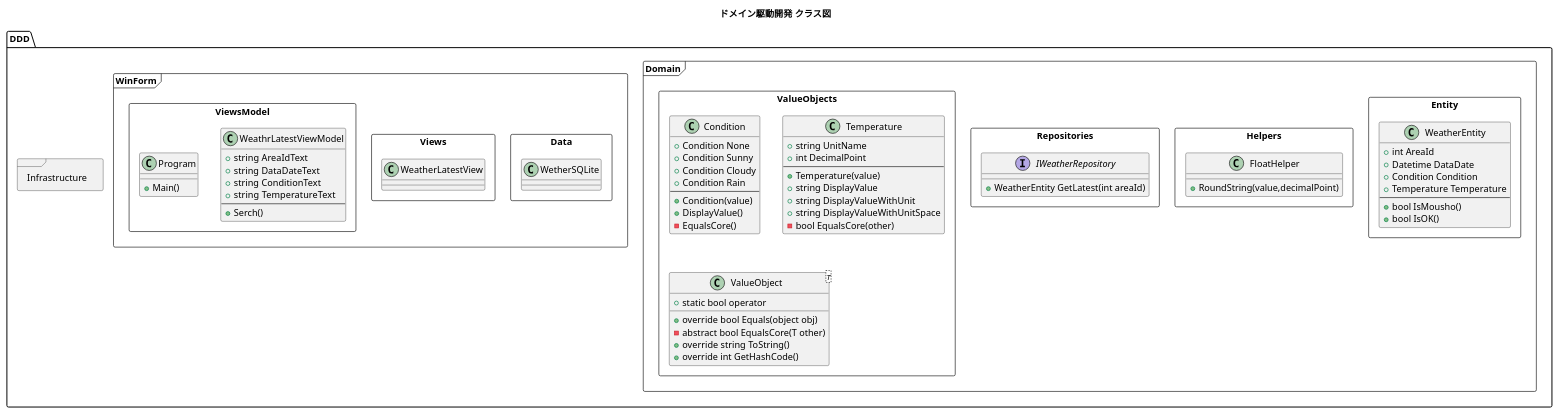
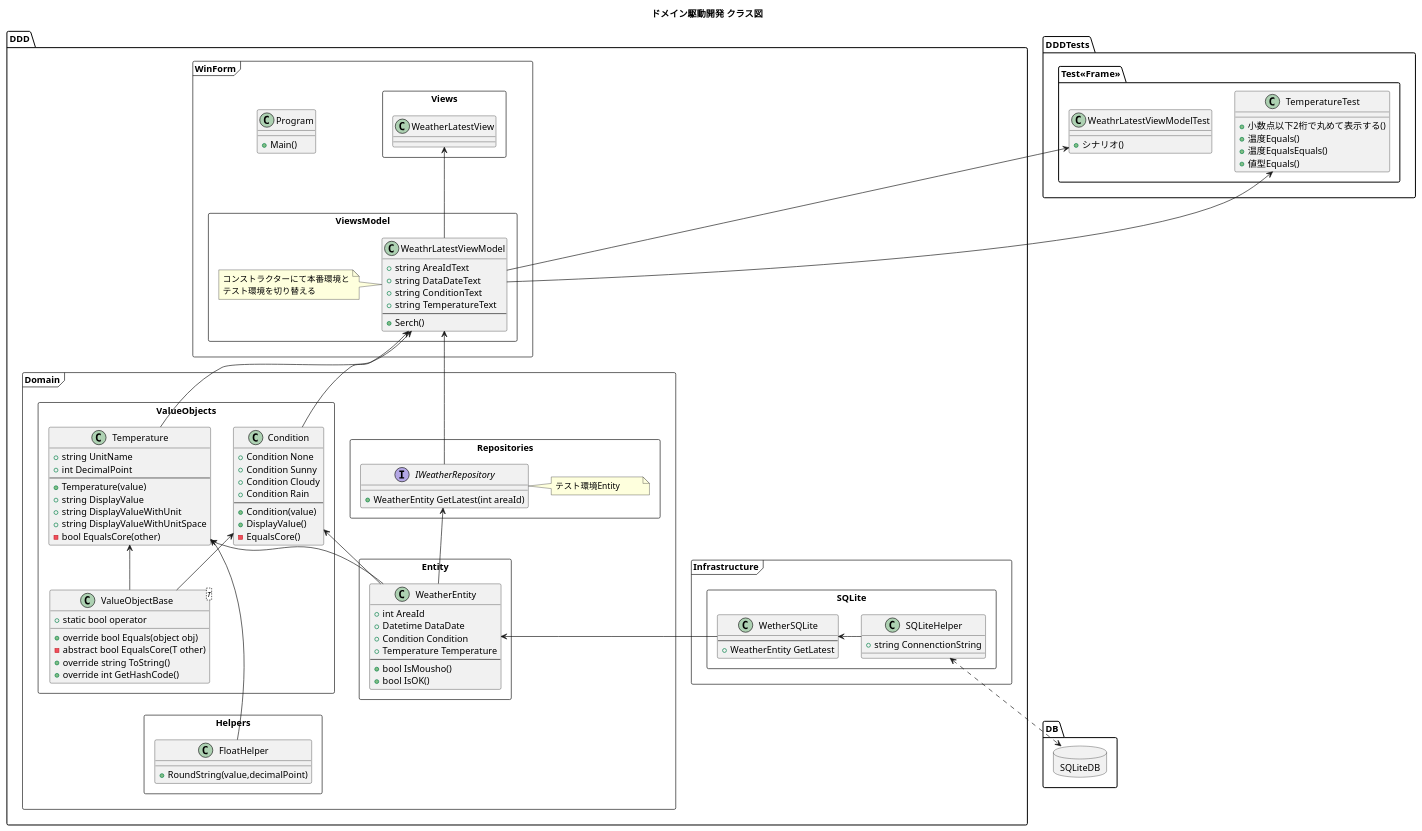
The diagram in 30.CSProject/12.ドメイン駆動/DDD/DDDクラス図.pu (kazpanda/UdemyProject), drawn with PlantUML before and after one commit. The commit also changed 68 other files, not shown here.

```diff
--- a/30.CSProject/12.ドメイン駆動/DDD/DDDクラス図.pu
+++ b/30.CSProject/12.ドメイン駆動/DDD/DDDクラス図.pu
@@ -1,123 +1,171 @@
 @startuml
 
 '##############################################
 ' 2019/09/12 吉冨 新規作成
 '##############################################
 
 title ドメイン駆動開発 クラス図
+
+' Tests
+package DDDTests.Test<<Frame>>{
+      class TemperatureTest {
+         + 小数点以下2桁で丸めて表示する()
+         + 温度Equals()
+         + 温度EqualsEquals()
+         + 値型Equals()
+      }
+
+      class WeathrLatestViewModelTest {
+         + シナリオ()
+      }
+}
+
+' WinForm
+package DDD.WinForm <<Frame>> {
+   package Views <<Rectangle>> {
+      class WeatherLatestView{
+
+      }
+   }
+
+   package ViewsModel <<Rectangle>> {
+      class WeathrLatestViewModel{
+         + string AreaIdText
+         + string DataDateText 
+         + string ConditionText 
+         + string TemperatureText
+         --
+         + Serch()
+      }
+      note left 
+         コンストラクターにて本番環境と
+         テスト環境を切り替える         
+      end note
+
+   }
+
+   class Program{
+      + Main()
+   }  
+}
+
+
+' Infrastructure
+package DDD.Infrastructure <<Frame>>{
+  ' SQLite
+   package SQLite <<Rectangle>> {
+      class SQLiteHelper {
+         + string ConnenctionString
+      }
+      class WetherSQLite {
+         --
+         + WeatherEntity GetLatest
+      }
+   }
+}
 
 ' Domain
 package DDD.Domain <<Frame>>{
 
    ' Entitiy
    package Entity <<Rectangle>> {
       class WeatherEntity {
          + int AreaId
          + Datetime DataDate
          + Condition Condition
          + Temperature Temperature
          --
          + bool IsMousho()
          + bool IsOK()
       }
    }
 
    ' Helpers
    package Helpers <<Rectangle>> {
       class FloatHelper{
          + RoundString(value,decimalPoint)
       }
    }
 
    ' Repositories
    package Repositories <<Rectangle>> {
       interface IWeatherRepository{
          + WeatherEntity GetLatest(int areaId)
       }
+      note right 
+         テスト環境Entity         
+      end note
    }
 
    ' ValueObjects
    package ValueObjects <<Rectangle>> {
       class Condition{
          + Condition None
          + Condition Sunny
          + Condition Cloudy
          + Condition Rain
          --
          + Condition(value)
          + DisplayValue()
          - EqualsCore()
       }
 
       class Temperature{
          + string UnitName
          + int DecimalPoint
          --
          + Temperature(value)
          + string DisplayValue
          + string DisplayValueWithUnit
          + string DisplayValueWithUnitSpace
          - bool EqualsCore(other)         
       }
 
-      class ValueObject<T> {
+      class ValueObjectBase<T> {
          + override bool Equals(object obj)
          + static bool operator
          - abstract bool EqualsCore(T other)
          + override string ToString()
          + override int GetHashCode()
       }
    }
 }
 
-' Infrastructure
-package DDD.Infrastructure <<Frame>>{
-
-}
-
-' WinForm
-package DDD.WinForm <<Frame>> {
-   package Data <<Rectangle>> {
-      class WetherSQLite{
-
-      }
+package DB{
+   database SQLiteDB{
    }
-   package Views <<Rectangle>> {
-      class WeatherLatestView{
-
-      }
-   }
-   package ViewsModel <<Rectangle>> {
-      class WeathrLatestViewModel{
-         + string AreaIdText
-         + string DataDateText 
-         + string ConditionText 
-         + string TemperatureText
-         --
-         + Serch()
-      }
-      class Program{
-         + Main()
-      }
-
-   }
-
-   /'note top 
-      Factoryのクライアントクラス
-      SimplePizaaFactoryを通してインスタンスを取得する 
-   end note
-   '/
 }
 
 '----------------------------------------------
 'リレーション
 '----------------------------------------------
-'Main -> PizzaStores:ff
-'PizzaStores -> SimplePizzaFactory
-'SimplePizzaFactory --> IPizza
-'IPizza <|.. CheesePizza
-'IPizza <|.. TomatoPizza
+'View
+WeatherLatestView <-- WeathrLatestViewModel
+
+' Test
+TemperatureTest <-- WeathrLatestViewModel
+WeathrLatestViewModelTest <-- WeathrLatestViewModel
+
+'ViewModel
+WeathrLatestViewModel <-- Temperature
+WeathrLatestViewModel <-- IWeatherRepository
+WeathrLatestViewModel <-- Condition
+
+'ValueObject
+IWeatherRepository <-- WeatherEntity
+Temperature <-- WeatherEntity
+Temperature <-- ValueObjectBase
+Temperature <--- FloatHelper
+
+Condition <-- WeatherEntity
+Condition <-- ValueObjectBase
+WeatherEntity <- WetherSQLite
+
+'SQLite
+WetherSQLite <- SQLiteHelper 
+SQLiteHelper <..> SQLiteDB
+
 
 
 
 @enduml
```
